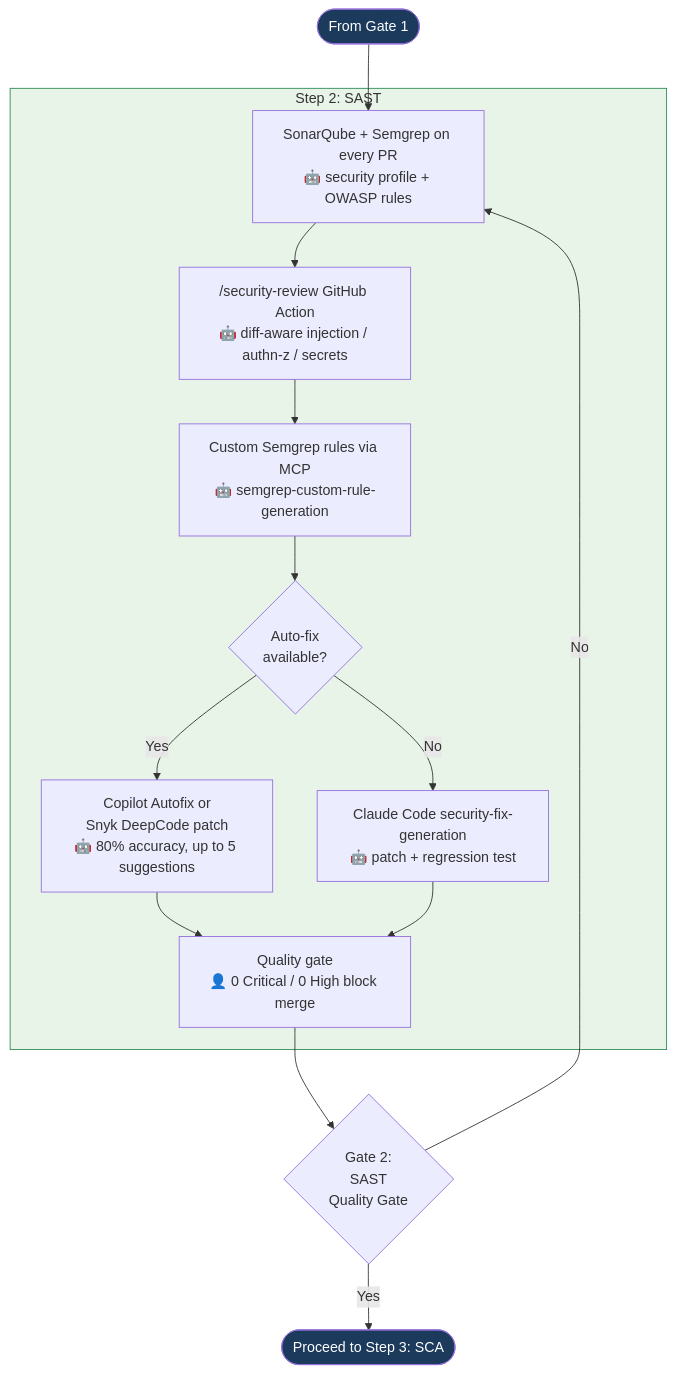
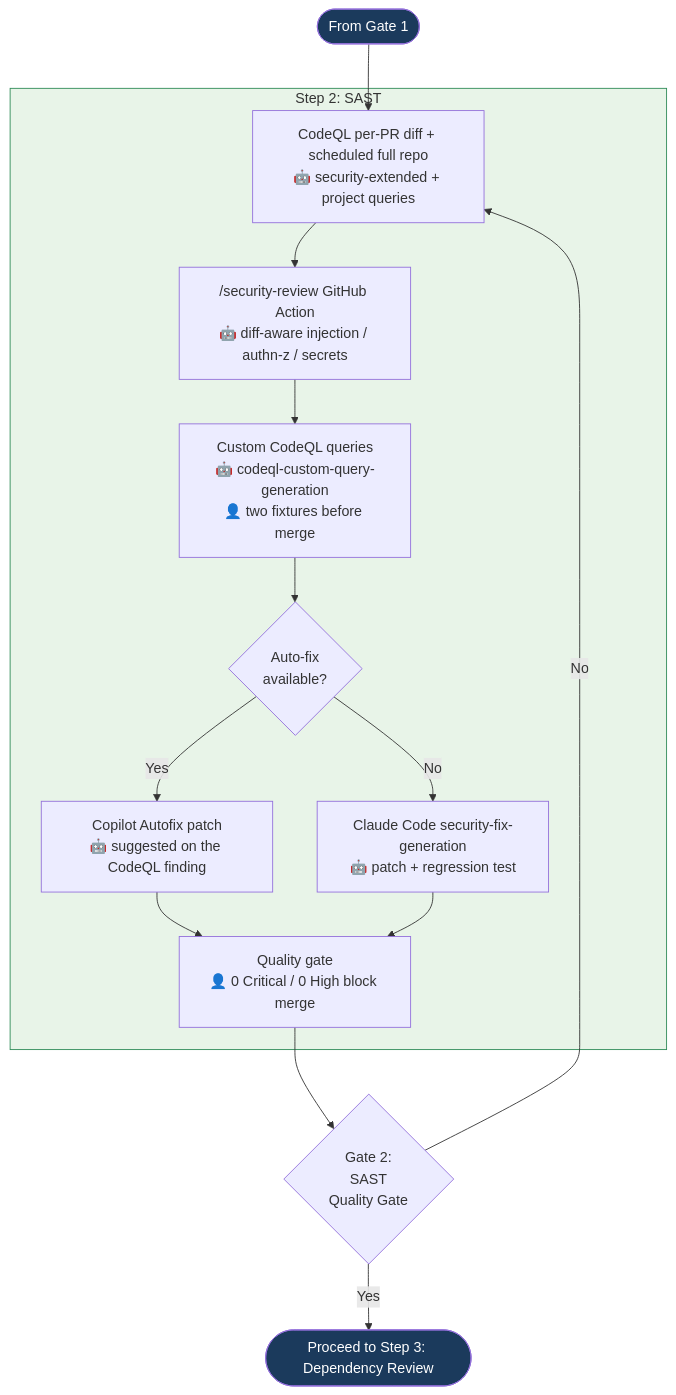
Before and after one commit to kalpat-allion/ai-dlc: the fourth of 9 diagrams in aidlc-phases/05-security/FLOWCHART.md, drawn with Mermaid. The commit also changed other lines of this file and 39 other files, not shown here.

````diff
--- a/aidlc-phases/05-security/FLOWCHART.md
+++ b/aidlc-phases/05-security/FLOWCHART.md
@@ -163,24 +156,24 @@
 ```mermaid
 flowchart TD
     ENTRY([From Gate 1]) --> SAST
 
     subgraph SAST_STEP["Step 2: SAST"]
-        SAST[SonarQube + Semgrep on every PR<br/>🤖 security profile + OWASP rules] --> SR
+        SAST[CodeQL per-PR diff + scheduled full repo<br/>🤖 security-extended + project queries] --> SR
         SR["/security-review GitHub Action<br/>🤖 diff-aware injection / authn-z / secrets"] --> CUSTOM
-        CUSTOM[Custom Semgrep rules via MCP<br/>🤖 semgrep-custom-rule-generation] --> AUTOFIX
+        CUSTOM[Custom CodeQL queries<br/>🤖 codeql-custom-query-generation<br/>👤 two fixtures before merge] --> AUTOFIX
         AUTOFIX{Auto-fix<br/>available?}
-        AUTOFIX -- Yes --> COPILOT_FIX[Copilot Autofix or<br/>Snyk DeepCode patch<br/>🤖 80% accuracy, up to 5 suggestions]
+        AUTOFIX -- Yes --> COPILOT_FIX[Copilot Autofix patch<br/>🤖 suggested on the CodeQL finding]
         AUTOFIX -- No --> CLAUDE_FIX[Claude Code security-fix-generation<br/>🤖 patch + regression test]
         COPILOT_FIX --> SAST_GATE
         CLAUDE_FIX --> SAST_GATE
         SAST_GATE[Quality gate<br/>👤 0 Critical / 0 High block merge]
     end
 
     SAST_GATE --> GATE2{Gate 2:<br/>SAST<br/>Quality Gate}
     GATE2 -- No --> SAST
-    GATE2 -- Yes --> NEXT([Proceed to Step 3: SCA])
+    GATE2 -- Yes --> NEXT([Proceed to Step 3: Dependency Review])
 
     style ENTRY fill:#1B3A5C,color:#fff
     style NEXT fill:#1B3A5C,color:#fff
     style SAST_STEP fill:#e8f4e8,stroke:#2E8B57
 ```
````
